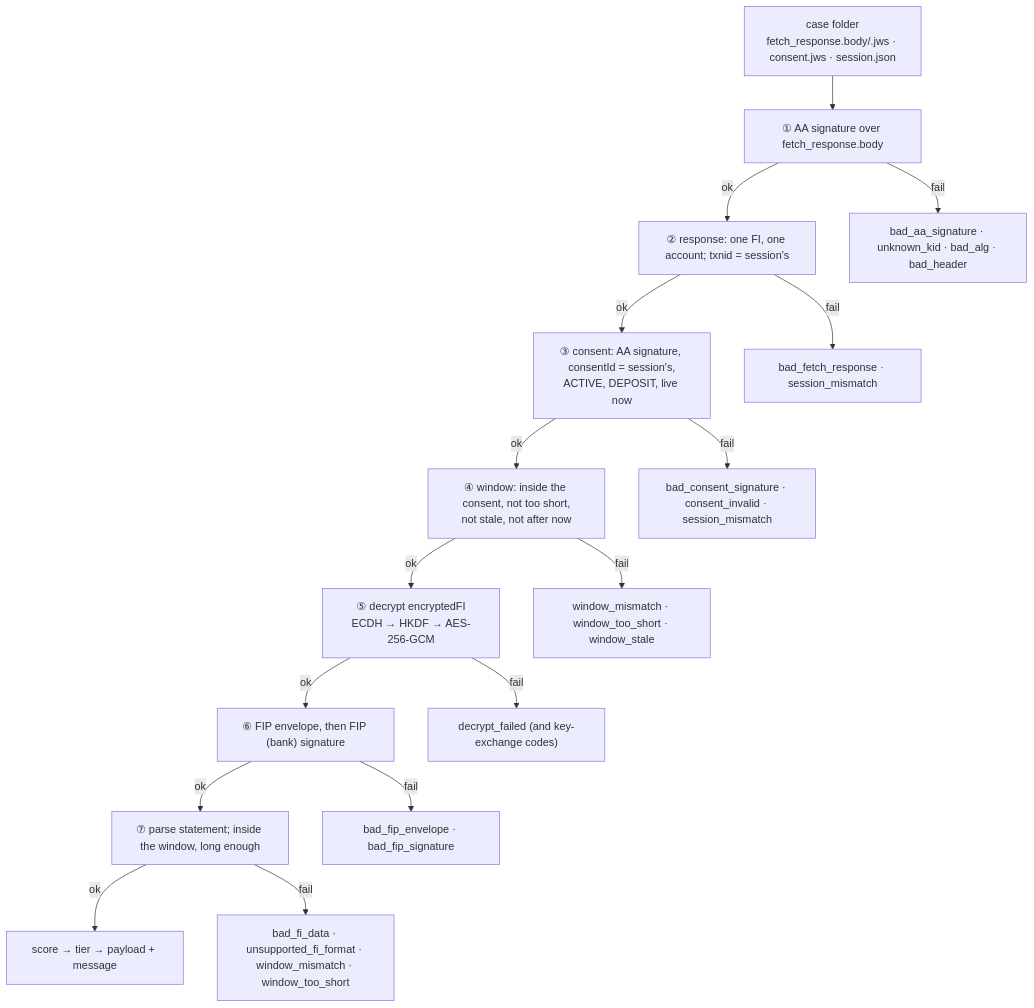
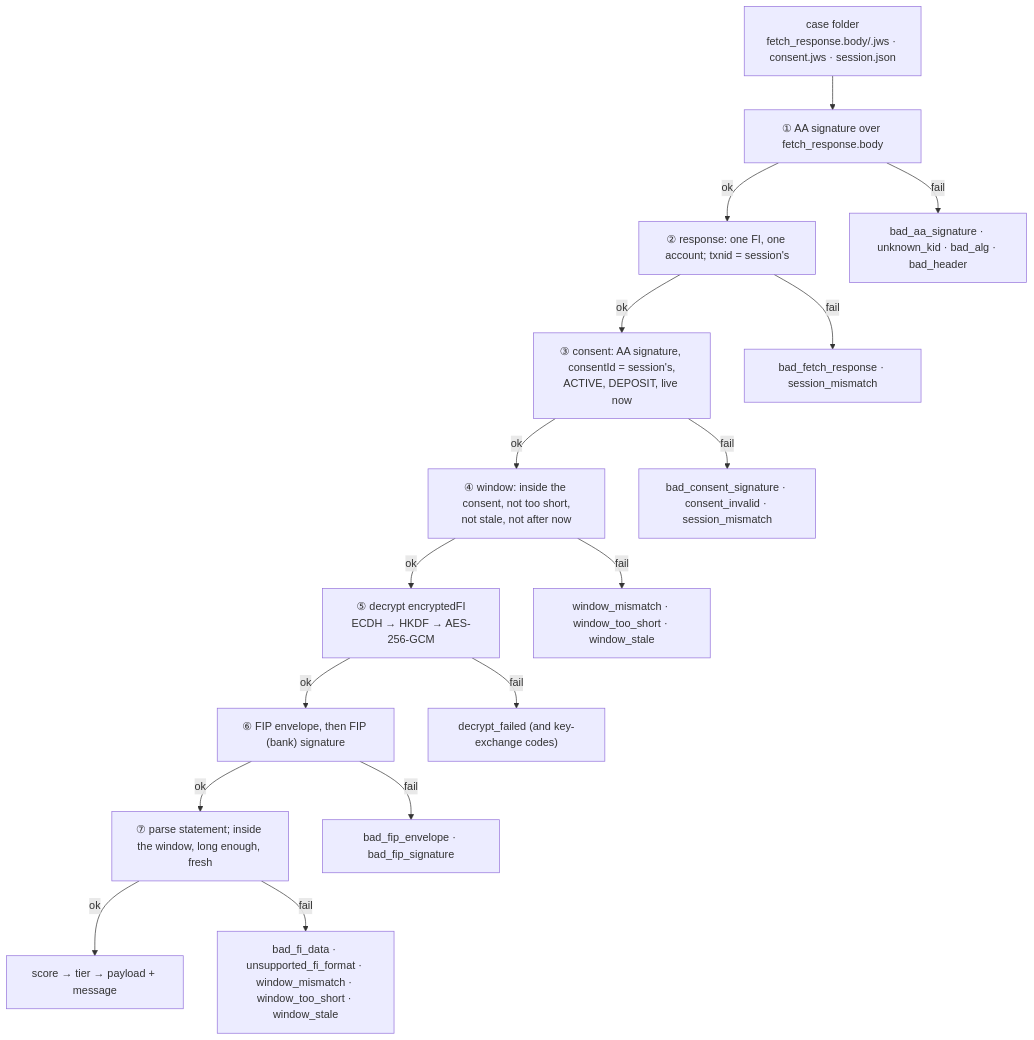
Before and after one commit to pandaa880/tee-income-oracle: the diagram in test-vectors/README.md, drawn with Mermaid. The commit also changed 22 other files, not shown here.

First line of the commit message:
fix(tio-core): attest the statement's own window and hash JWS input in parts

````diff
--- a/test-vectors/README.md
+++ b/test-vectors/README.md
@@ -83,35 +83,35 @@
 ```mermaid
 flowchart TD
   IN["case folder<br/>fetch_response.body/.jws · consent.jws · session.json"]
   L1["① AA signature over fetch_response.body"]
   L2["② response: one FI, one account; txnid = session's"]
   L3["③ consent: AA signature, consentId = session's,<br/>ACTIVE, DEPOSIT, live now"]
   L4["④ window: inside the consent, not too short,<br/>not stale, not after now"]
   L5["⑤ decrypt encryptedFI<br/>ECDH → HKDF → AES-256-GCM"]
   L6["⑥ FIP envelope, then FIP (bank) signature"]
-  L7["⑦ parse statement; inside the window, long enough"]
+  L7["⑦ parse statement; inside the window, long enough, fresh"]
   OK["score → tier → payload + message"]
   E1["bad_aa_signature · unknown_kid · bad_alg · bad_header"]
   E2["bad_fetch_response · session_mismatch"]
   E3["bad_consent_signature · consent_invalid · session_mismatch"]
   E4["window_mismatch · window_too_short · window_stale"]
   E5["decrypt_failed (and key-exchange codes)"]
   E6["bad_fip_envelope · bad_fip_signature"]
-  E7["bad_fi_data · unsupported_fi_format · window_mismatch · window_too_short"]
+  E7["bad_fi_data · unsupported_fi_format · window_mismatch · window_too_short · window_stale"]
 
   IN --> L1
   L1 -- ok --> L2
   L2 -- ok --> L3
   L3 -- ok --> L4
   L4 -- ok --> L5
   L5 -- ok --> L6
   L6 -- ok --> L7
   L7 -- ok --> OK
   L1 -- fail --> E1
   L2 -- fail --> E2
   L3 -- fail --> E3
   L4 -- fail --> E4
   L5 -- fail --> E5
   L6 -- fail --> E6
   L7 -- fail --> E7
 ```
````
